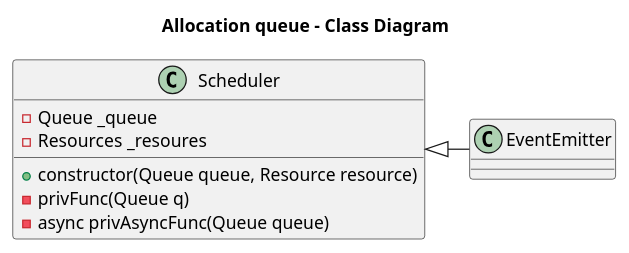
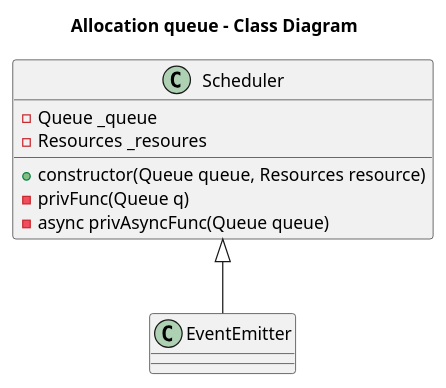
The diagram in examples/sample.puml (jupe/puml2code), drawn with PlantUML before and after one commit. The commit also changed 9 other files, not shown here.

```diff
--- a/examples/sample.puml
+++ b/examples/sample.puml
@@ -1,13 +1,13 @@
 @startuml
 title Allocation queue - Class Diagram
 
 class Scheduler {
-    +constructor(Queue queue, Resource resource)
+    +constructor(Queue queue, Resources resource)
     -privFunc(Queue q)
     -async privAsyncFunc(Queue queue)
     -Queue _queue
     -Resources _resoures
 }
 
-EventEmitter -left-|> Scheduler
+EventEmitter -up-|> Scheduler
 @enduml
```
